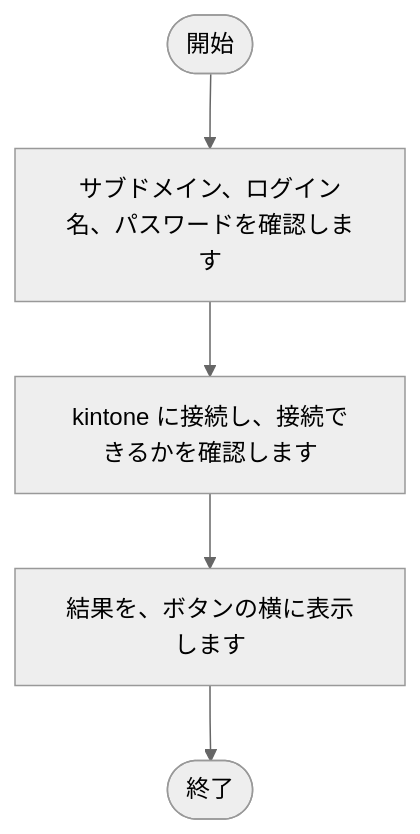
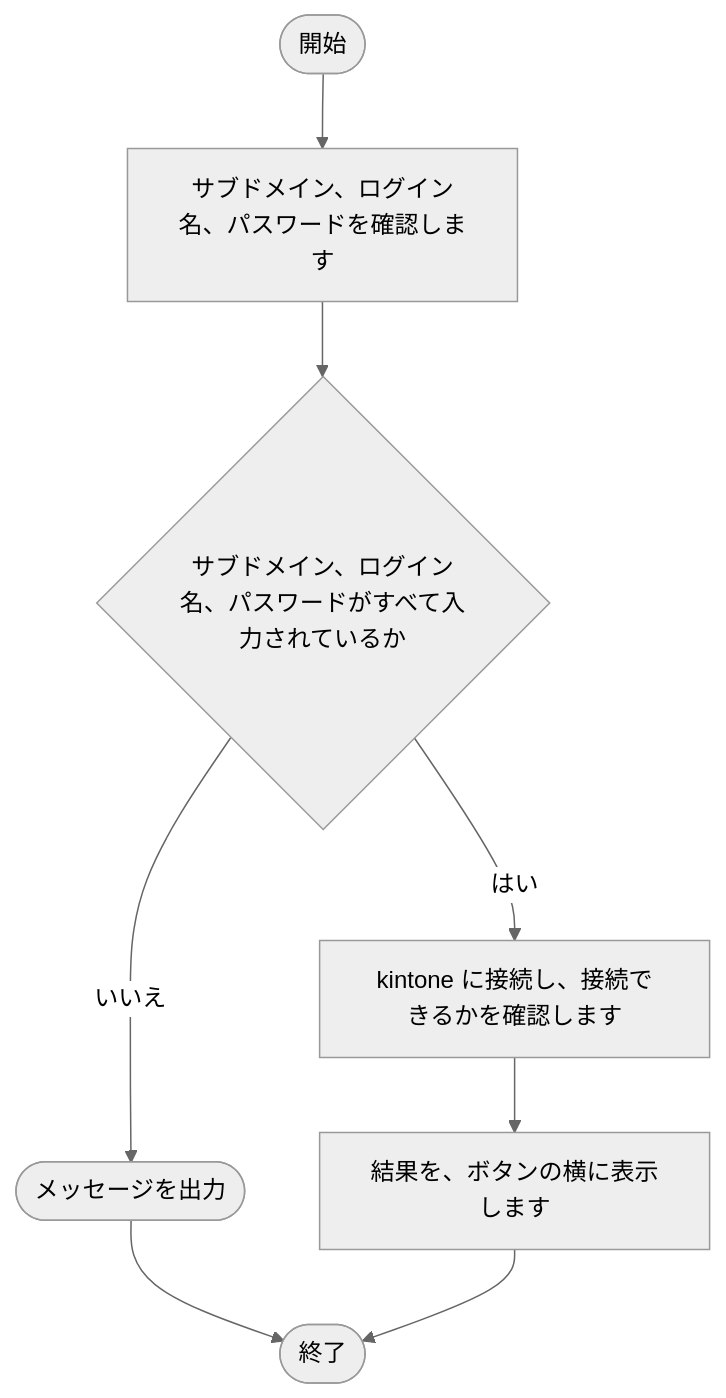
Before and after one commit to nishida2073/project_management: diagram 15 of 24 in tool/kintone-aggregator/doc/02_設計/処理フロー.md, drawn with Mermaid (neutral theme). The commit also changed other lines of this file and 16 other files, not shown here.

````diff
--- a/tool/kintone-aggregator/doc/02_設計/処理フロー.md
+++ b/tool/kintone-aggregator/doc/02_設計/処理フロー.md
@@ -364,12 +354,17 @@
 ```mermaid
 flowchart TD
     S(["開始"])
     E(["終了"])
     N1["サブドメイン、ログイン名、パスワードを確認します"]
     S --> N1
-    N2["kintone に接続し、接続できるかを確認します"]
+    N2{"サブドメイン、ログイン名、パスワードがすべて入力されているか"}
+    X2(["メッセージを出力"])
+    X2 --> E
+    N2 -- いいえ --> X2
     N1 --> N2
-    N3["結果を、ボタンの横に表示します"]
-    N2 --> N3
-    N3 --> E
+    N3["kintone に接続し、接続できるかを確認します"]
+    N2 -- はい --> N3
+    N4["結果を、ボタンの横に表示します"]
+    N3 --> N4
+    N4 --> E
 ```
````
